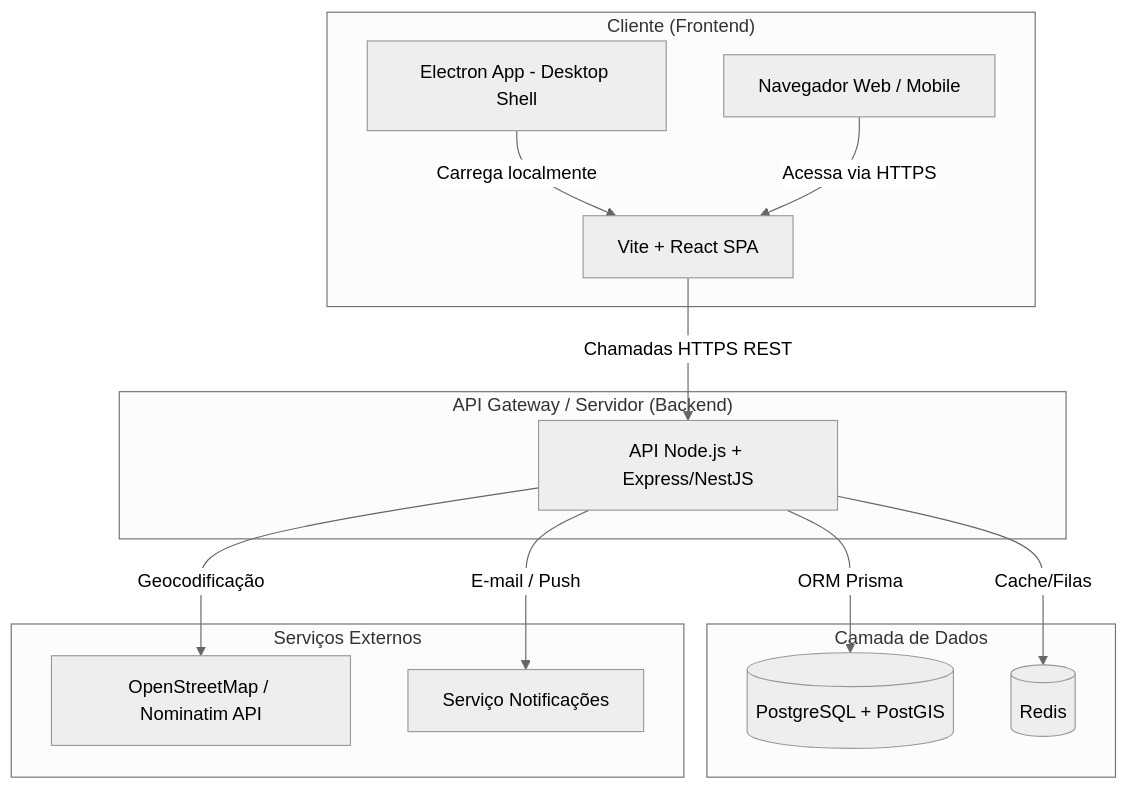
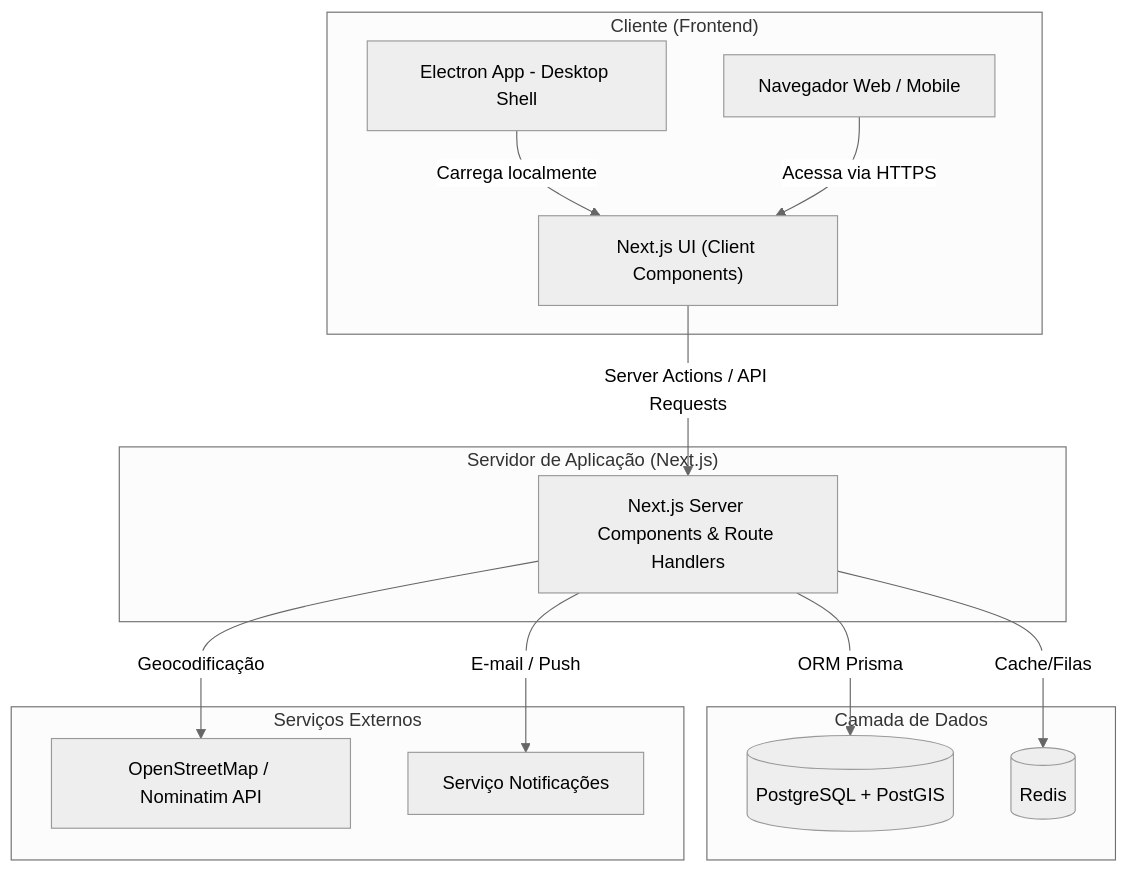
Before and after one commit to fagundesedimar/mesaJusta: the first of 2 diagrams in spec_tech.md, drawn with Mermaid (neutral theme). The commit also changed other lines of this file, not shown here.

Commit message:
docs: update spec_tech.md to Next.js architecture and add comprehensive testing strategy

````diff
--- a/spec_tech.md
+++ b/spec_tech.md
@@ -15,21 +15,21 @@
 ```mermaid
 graph TD
     subgraph "Cliente (Frontend)"
-        A["Electron App - Desktop Shell"] -->|Carrega localmente| B["Vite + React SPA"]
+        A["Electron App - Desktop Shell"] -->|Carrega localmente| B["Next.js UI (Client Components)"]
         C["Navegador Web / Mobile"] -->|Acessa via HTTPS| B
     end
 
-    subgraph "API Gateway / Servidor (Backend)"
-        B -->|Chamadas HTTPS REST| D["API Node.js + Express/NestJS"]
+    subgraph "Servidor de Aplicação (Next.js)"
+        B -->|Server Actions / API Requests| D["Next.js Server Components & Route Handlers"]
     end
 
     subgraph "Camada de Dados"
         D -->|ORM Prisma| E[("PostgreSQL + PostGIS")]
         D -->|Cache/Filas| F[("Redis")]
     end
 
     subgraph "Serviços Externos"
         D -->|Geocodificação| G["OpenStreetMap / Nominatim API"]
         D -->|E-mail / Push| H["Serviço Notificações"]
     end
 ```
````
